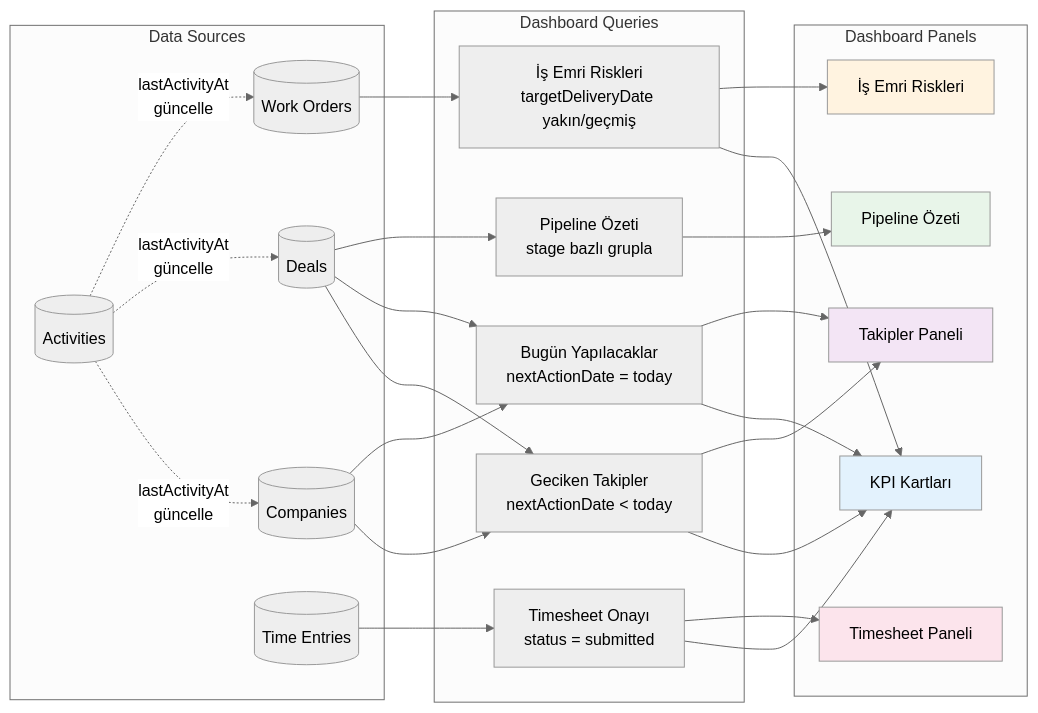
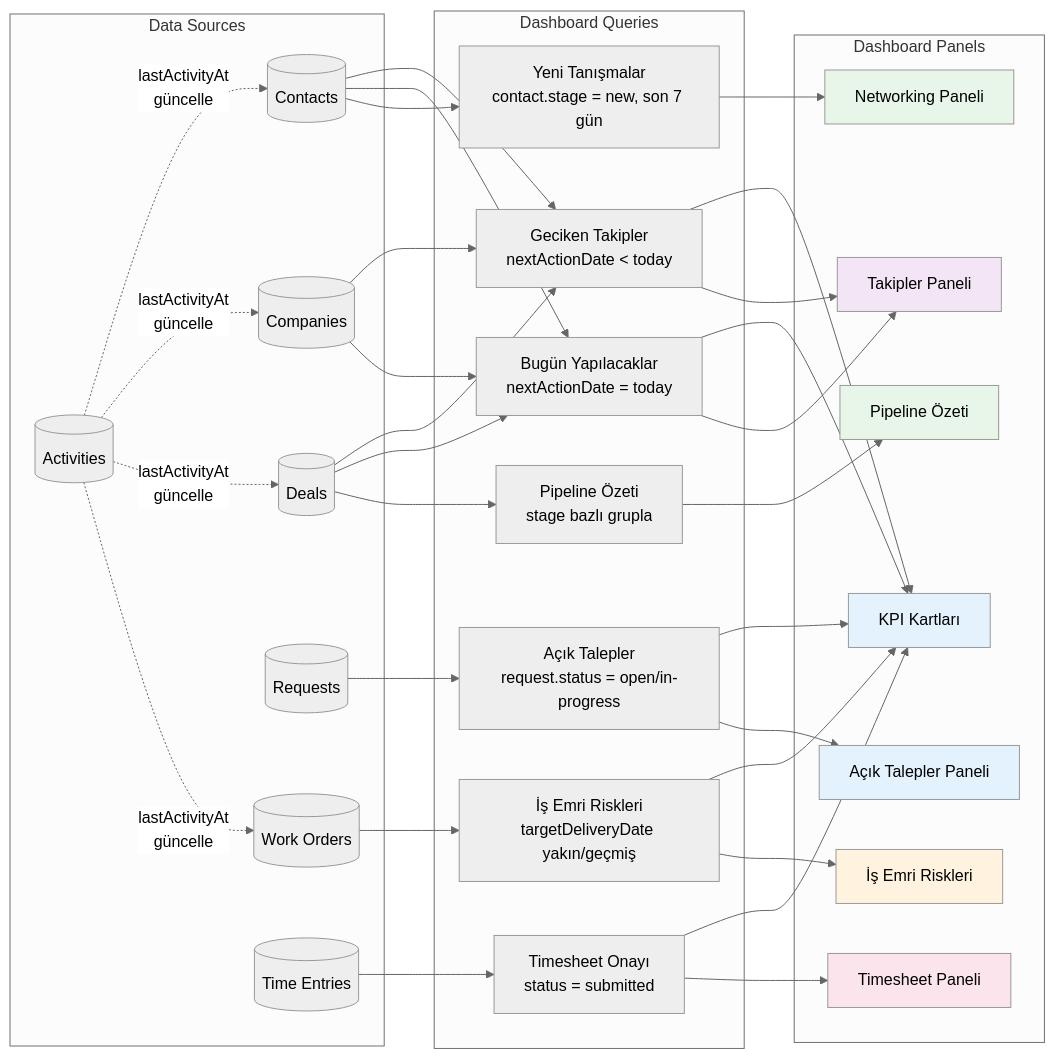
Before and after one commit to Simetri8/simetri-crm: the seventh of 7 diagrams in docs/00-Proje-Dokümantasyonu.md, drawn with Mermaid (neutral theme). The commit also changed other lines of this file and 32 other files, not shown here.

Commit message:
feat: Enhance CRM contact management with stage filtering, improved forms, and updated UI components for better user experience and data handling.

````diff
--- a/docs/00-Proje-Dokümantasyonu.md
+++ b/docs/00-Proje-Dokümantasyonu.md
@@ -341,55 +485,71 @@
 ```mermaid
 flowchart LR
     subgraph Data Sources
+        Contacts[(Contacts)]
         Companies[(Companies)]
         Deals[(Deals)]
+        Requests[(Requests)]
         WorkOrders[(Work Orders)]
         TimeEntries[(Time Entries)]
         Activities[(Activities)]
     end
 
     subgraph Dashboard Queries
         Q1[Geciken Takipler<br/>nextActionDate < today]
         Q2[Bugün Yapılacaklar<br/>nextActionDate = today]
-        Q3[Pipeline Özeti<br/>stage bazlı grupla]
-        Q4[İş Emri Riskleri<br/>targetDeliveryDate yakın/geçmiş]
-        Q5[Timesheet Onayı<br/>status = submitted]
+        Q3[Yeni Tanışmalar<br/>contact.stage = new, son 7 gün]
+        Q4[Pipeline Özeti<br/>stage bazlı grupla]
+        Q5[Açık Talepler<br/>request.status = open/in-progress]
+        Q6[İş Emri Riskleri<br/>targetDeliveryDate yakın/geçmiş]
+        Q7[Timesheet Onayı<br/>status = submitted]
     end
 
     subgraph Dashboard Panels
         KPI[KPI Kartları]
         FollowUps[Takipler Paneli]
+        Networking[Networking Paneli]
         Pipeline[Pipeline Özeti]
+        RequestPanel[Açık Talepler Paneli]
         WORisks[İş Emri Riskleri]
         Timesheet[Timesheet Paneli]
     end
 
+    Contacts --> Q1
     Companies --> Q1
     Deals --> Q1
+    Contacts --> Q2
     Companies --> Q2
     Deals --> Q2
-    Deals --> Q3
-    WorkOrders --> Q4
-    TimeEntries --> Q5
+    Contacts --> Q3
+    Deals --> Q4
+    Requests --> Q5
+    WorkOrders --> Q6
+    TimeEntries --> Q7
 
     Q1 --> KPI
     Q2 --> KPI
-    Q4 --> KPI
     Q5 --> KPI
+    Q6 --> KPI
+    Q7 --> KPI
 
     Q1 --> FollowUps
     Q2 --> FollowUps
-    Q3 --> Pipeline
-    Q4 --> WORisks
-    Q5 --> Timesheet
+    Q3 --> Networking
+    Q4 --> Pipeline
+    Q5 --> RequestPanel
+    Q6 --> WORisks
+    Q7 --> Timesheet
 
+    Activities -.->|lastActivityAt<br/>güncelle| Contacts
     Activities -.->|lastActivityAt<br/>güncelle| Companies
     Activities -.->|lastActivityAt<br/>güncelle| Deals
     Activities -.->|lastActivityAt<br/>güncelle| WorkOrders
 
     style KPI fill:#e3f2fd
     style FollowUps fill:#f3e5f5
+    style Networking fill:#e8f5e9
     style Pipeline fill:#e8f5e9
+    style RequestPanel fill:#e3f2fd
     style WORisks fill:#fff3e0
     style Timesheet fill:#fce4ec
 ```
````
